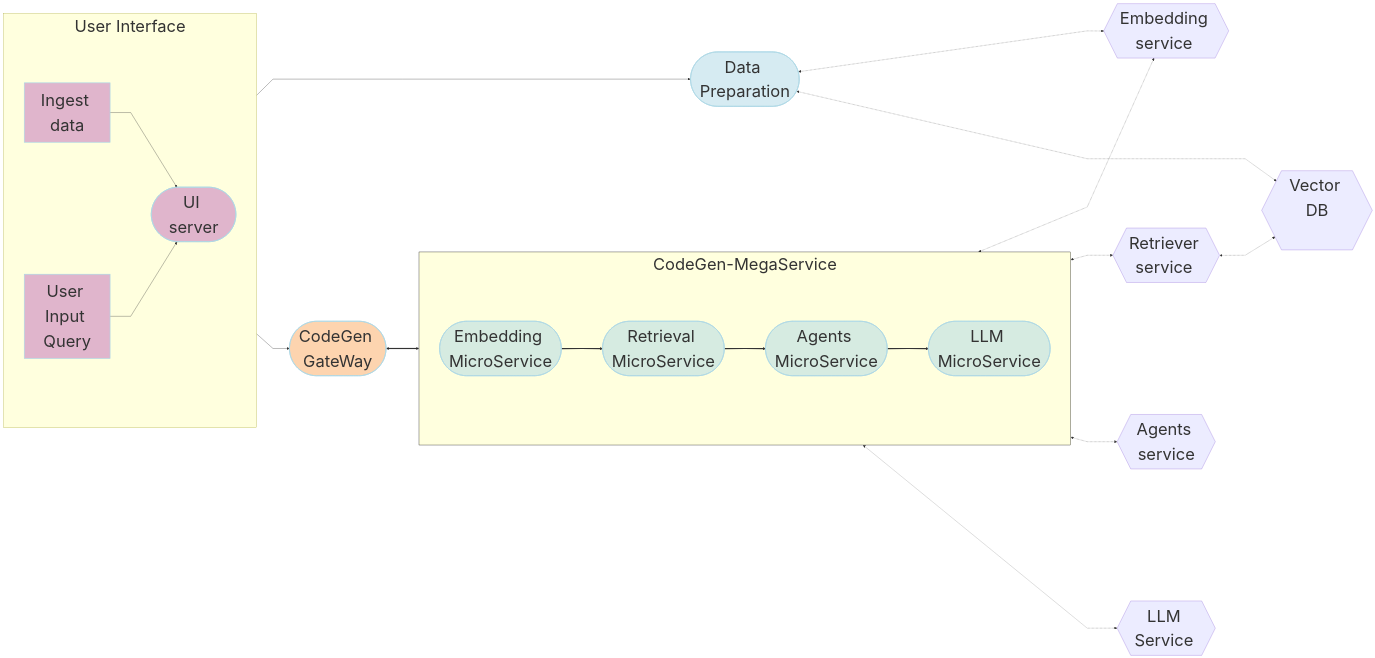
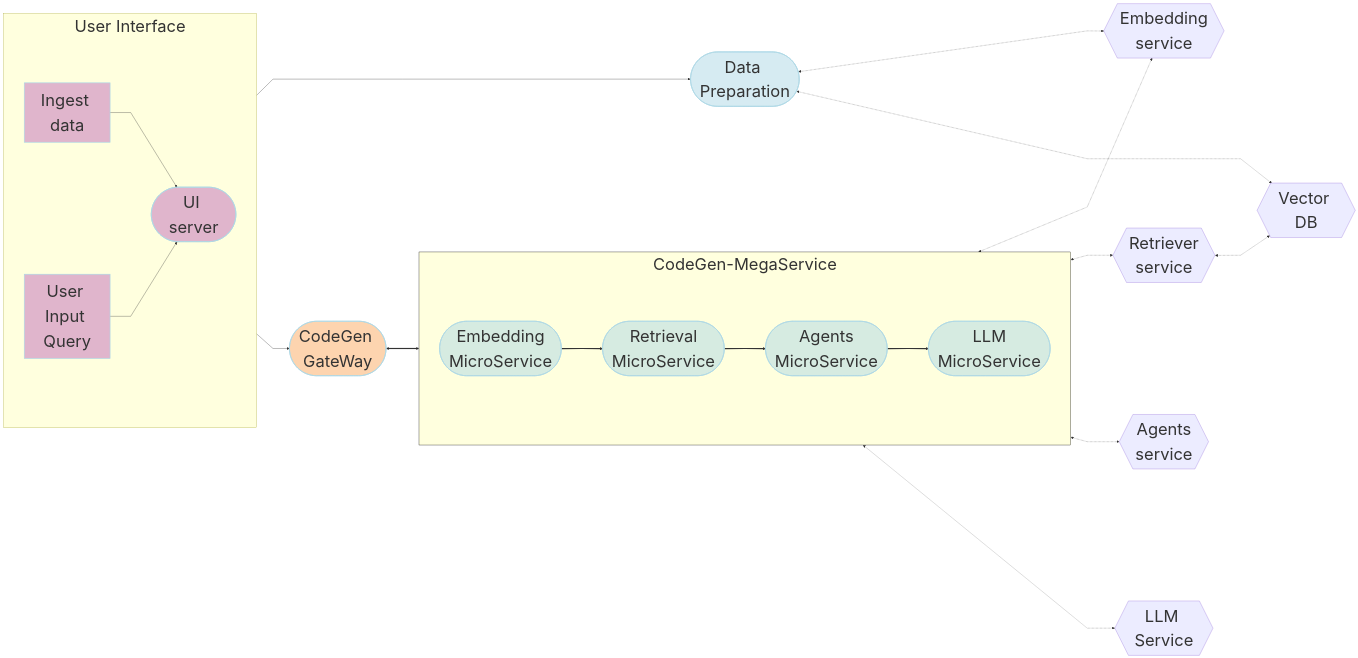
Before and after one commit to opea-project/docs: the diagram in community/rfcs/25-15-01-GenAIExamples-001-Code-Optimization-Using-RAG-and-Agents.md, drawn with Mermaid. The commit also changed other lines of this file, not shown here.

Commit message:
add graph

````diff
--- a/community/rfcs/25-15-01-GenAIExamples-001-Code-Optimization-Using-RAG-and-Agents.md
+++ b/community/rfcs/25-15-01-GenAIExamples-001-Code-Optimization-Using-RAG-and-Agents.md
@@ -93,70 +95,70 @@
 ```mermaid
 ---
 config:
   flowchart:
     nodeSpacing: 400
     rankSpacing: 100
     curve: linear
   themeVariables:
     fontSize: 50px
 ---
 flowchart LR
     %% Colors %%
     classDef blue fill:#ADD8E6,stroke:#ADD8E6,stroke-width:2px,fill-opacity:0.5
     classDef orange fill:#FBAA60,stroke:#ADD8E6,stroke-width:2px,fill-opacity:0.5
     classDef orchid fill:#C26DBC,stroke:#ADD8E6,stroke-width:2px,fill-opacity:0.5
     classDef invisible fill:transparent,stroke:transparent;
     style CodeGen-MegaService stroke:#000000
     %% Subgraphs %%
     subgraph CodeGen-MegaService["CodeGen-MegaService"]
         direction LR
-        EM([Embedding MicroService]):::blue
-        RET([Retrieval MicroService]):::blue
-        RER([Agents MicroService]):::blue
-        LLM([LLM MicroService]):::blue
+        EM([Embedding<br>MicroService]):::blue
+        RET([Retrieval<br>MicroService]):::blue
+        RER([Agents<br>MicroService]):::blue
+        LLM([LLM<br>MicroService]):::blue
     end
     subgraph User Interface
         direction LR
         a([Submit Query Tab]):::orchid
-        UI([UI server<br>]):::orchid
-        Ingest([Manage Resources<br>]):::orchid
+        UI([UI server]):::orchid
+        Ingest([Manage Resources]):::orchid
     end
 
-    LOCAL_RER{{Agents service<br>}}
-    CLIP_EM{{Embedding service <br>}}
-    VDB{{Vector DB<br><br>}}
-    V_RET{{Retriever service <br>}}
-    Ingest{{Ingest data <br>}}
-    DP([Data Preparation<br>]):::blue
-    LLM_gen{{LLM Service <br>}}
-    GW([CodeGen GateWay<br>]):::orange
+    LOCAL_RER{{Agents<br>service}}
+    CLIP_EM{{Embedding<br>service}}
+    VDB{{Vector DB}}
+    V_RET{{Retriever<br>service}}
+    Ingest{{Ingest data}}
+    DP([Data Preparation]):::blue
+    LLM_gen{{LLM Service}}
+    GW([CodeGen GateWay]):::orange
 
     %% Data Preparation flow
     %% Ingest data flow
     direction LR
     Ingest[Ingest data] --> UI
     UI --> DP
     DP <-.-> CLIP_EM
 
     %% Questions interaction
     direction LR
     a[User Input Query] --> UI
     UI --> GW
     GW <==> CodeGen-MegaService
     EM ==> RET
     RET ==> RER
     RER ==> LLM
 
 
     %% Embedding service flow
     direction LR
     EM <-.-> CLIP_EM
     RET <-.-> V_RET
     RER <-.-> LOCAL_RER
     LLM <-.-> LLM_gen
 
     direction TB
     %% Vector DB interaction
     V_RET <-.->VDB
     DP <-.->VDB
 ```
````
